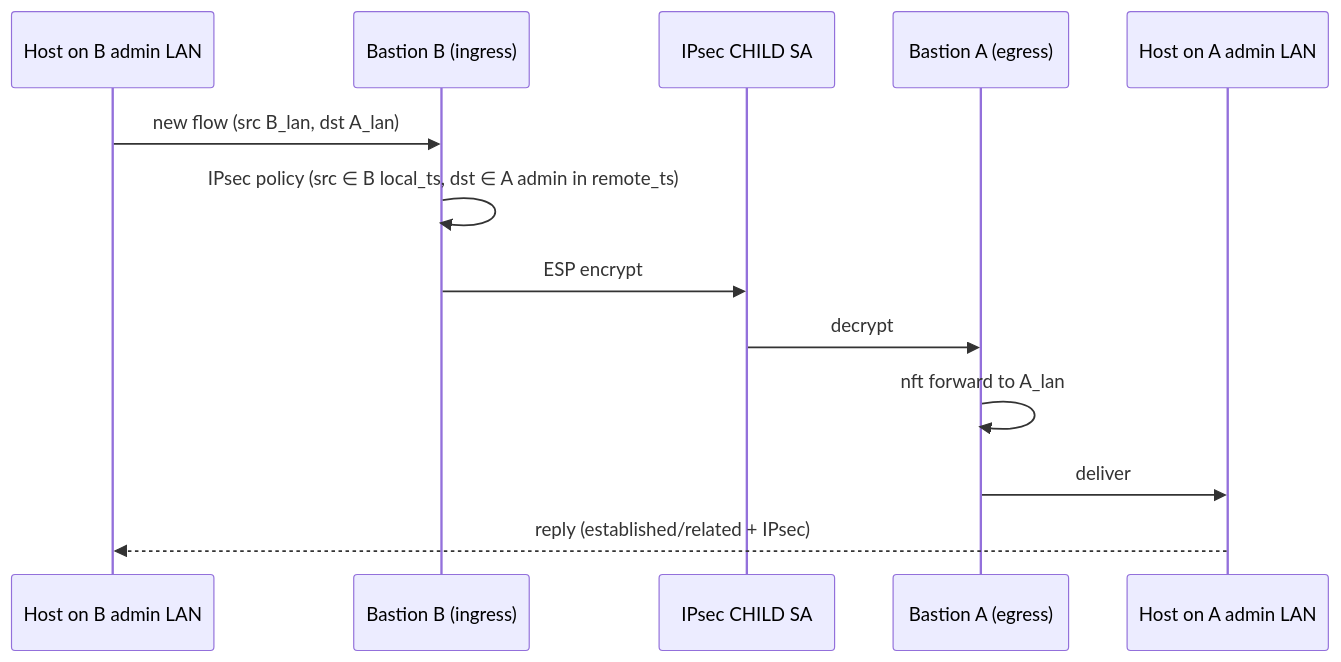
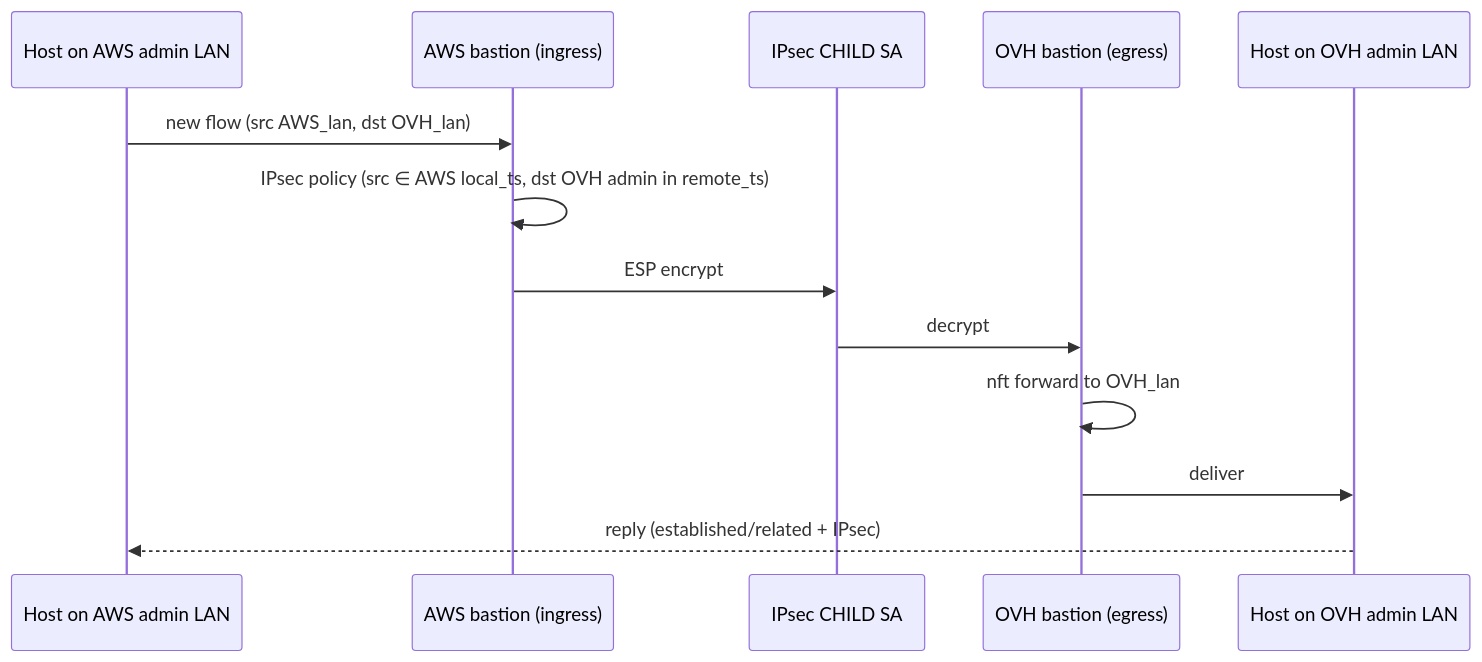
Before and after one commit to novassist-ai/mycs-node: the ninth of 10 diagrams in image/docs/vpn-gateway-design.md, drawn with Mermaid. The commit also changed other lines of this file, not shown here.

````diff
--- a/image/docs/vpn-gateway-design.md
+++ b/image/docs/vpn-gateway-design.md
@@ -397,16 +459,16 @@
 ```mermaid
 sequenceDiagram
-  participant J as Host on B admin LAN
-  participant B as Bastion B (ingress)
+  participant J as Host on AWS admin LAN
+  participant AWS as AWS bastion (ingress)
   participant T as IPsec CHILD SA
-  participant A as Bastion A (egress)
-  participant H as Host on A admin LAN
+  participant OVH as OVH bastion (egress)
+  participant H as Host on OVH admin LAN
 
-  J->>B: new flow (src B_lan, dst A_lan)
-  B->>B: IPsec policy (src ∈ B local_ts, dst ∈ A admin in remote_ts)
-  B->>T: ESP encrypt
-  T->>A: decrypt
-  A->>A: nft forward to A_lan
-  A->>H: deliver
+  J->>AWS: new flow (src AWS_lan, dst OVH_lan)
+  AWS->>AWS: IPsec policy (src ∈ AWS local_ts, dst OVH admin in remote_ts)
+  AWS->>T: ESP encrypt
+  T->>OVH: decrypt
+  OVH->>OVH: nft forward to OVH_lan
+  OVH->>H: deliver
   H-->>J: reply (established/related + IPsec)
 ```
````
